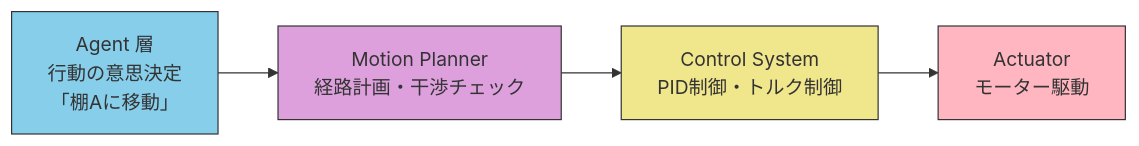
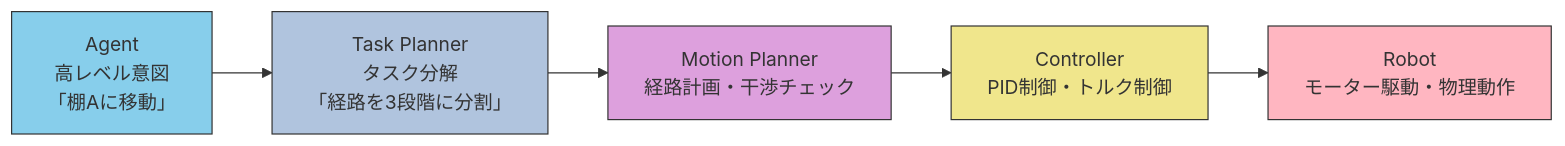
The fourth of 5 diagrams in docs/ja/concepts/06-physical-ai.md (shuji-bonji/ai-agent-architecture), drawn with Mermaid before and after one commit. The commit also changed other lines of this file and 1 other file, not shown here.

Commit message:
fix: 06-physical-ai#agent-から-robot-へ-—-制御の流れ の追加

````diff
--- a/docs/ja/concepts/06-physical-ai.md
+++ b/docs/ja/concepts/06-physical-ai.md
@@ -286,14 +302,16 @@
 ```mermaid
 flowchart LR
-    A["Agent 層<br/>行動の意思決定<br/>「棚Aに移動」"]
+    A["Agent<br/>高レベル意図<br/>「棚Aに移動」"]
+    TP["Task Planner<br/>タスク分解<br/>「経路を3段階に分割」"]
     MP["Motion Planner<br/>経路計画・干渉チェック"]
-    CS["Control System<br/>PID制御・トルク制御"]
-    ACT["Actuator<br/>モーター駆動"]
+    CT["Controller<br/>PID制御・トルク制御"]
+    R["Robot<br/>モーター駆動・物理動作"]
 
-    A --> MP --> CS --> ACT
+    A --> TP --> MP --> CT --> R
 
     style A fill:#87CEEB,color:#333,stroke:#333
+    style TP fill:#B0C4DE,color:#333,stroke:#333
     style MP fill:#DDA0DD,color:#333,stroke:#333
-    style CS fill:#F0E68C,color:#333,stroke:#333
-    style ACT fill:#FFB6C1,color:#333,stroke:#333
+    style CT fill:#F0E68C,color:#333,stroke:#333
+    style R fill:#FFB6C1,color:#333,stroke:#333
 ```
````
